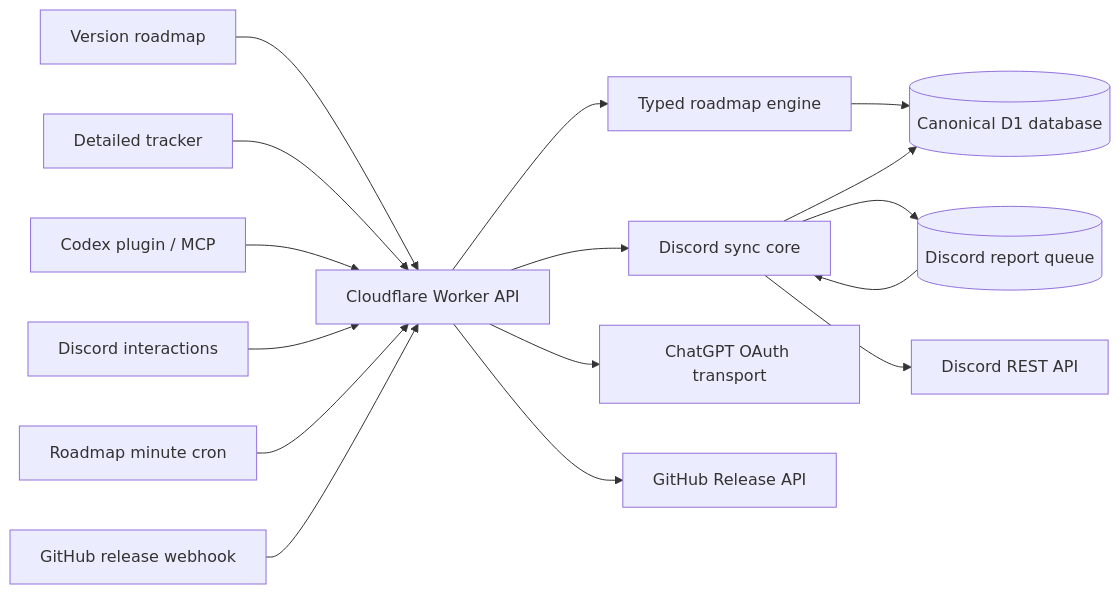
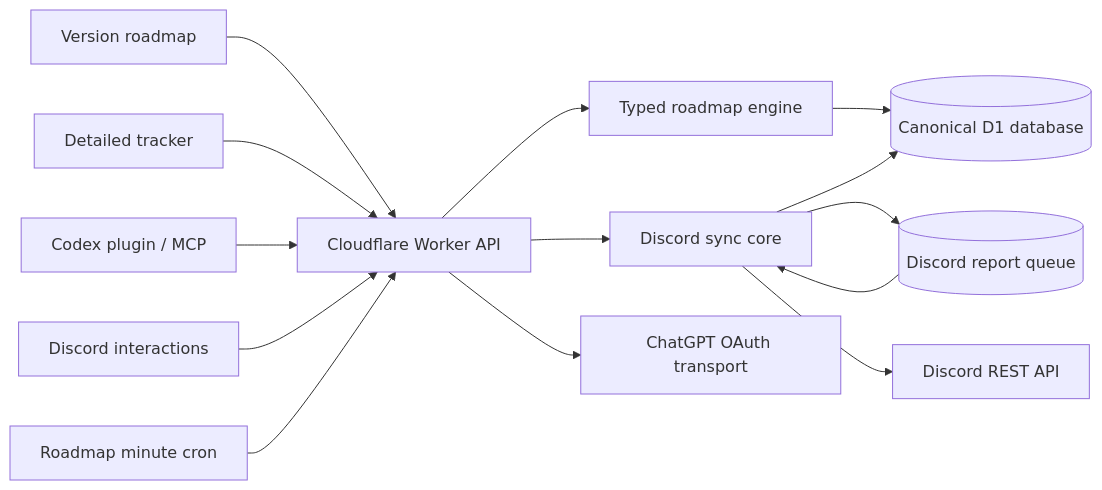
One commit to SakuraCordApp/Roadmap changed the diagram in README.md. Above: the diagram before and after it, drawn with Mermaid. The commit also changed other lines of this file and 15 other files, not shown here.

````diff
--- a/README.md
+++ b/README.md
@@ -44,18 +43,16 @@
 ```mermaid
 flowchart LR
   UI["Version roadmap"] --> API["Cloudflare Worker API"]
   TR["Detailed tracker"] --> API
   MCP["Codex plugin / MCP"] --> API
   DI["Discord interactions"] --> API
   CRON["Roadmap minute cron"] --> API
   API --> SYNC["Discord sync core"]
   API --> CORE["Typed roadmap engine"]
   CORE --> D1[("Canonical D1 database")]
   SYNC --> D1
   SYNC --> RQ[("Discord report queue")]
   RQ --> SYNC
   SYNC --> DR["Discord REST API"]
-  GH["GitHub release webhook"] --> API
   API --> AI["ChatGPT OAuth transport"]
-  API --> GR["GitHub Release API"]
 ```
````
